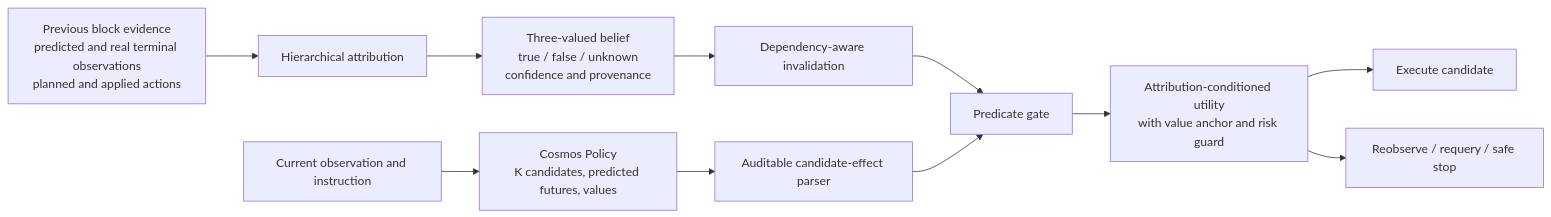
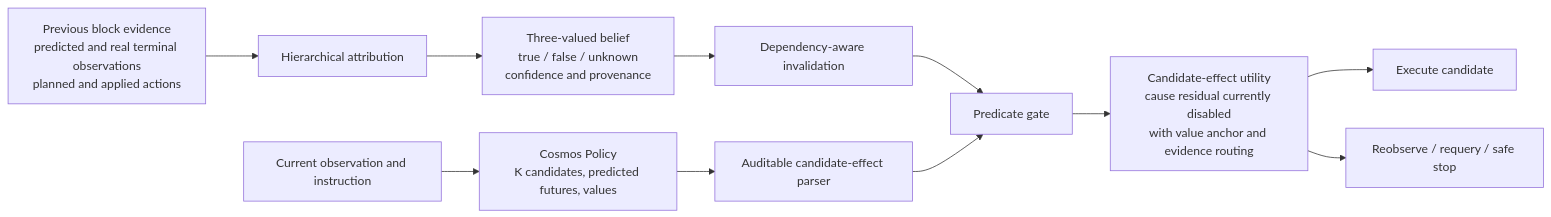
One commit to scy040320/wam_project changed the diagram in README.md. Above: the diagram before and after it, drawn with Mermaid. The commit also changed other lines of this file and 13 other files, not shown here.

````diff
--- a/README.md
+++ b/README.md
@@ -15,14 +15,14 @@
 ```mermaid
 flowchart LR
     P[Previous block evidence<br/>predicted and real terminal observations<br/>planned and applied actions] --> A[Hierarchical attribution]
     A --> B[Three-valued belief<br/>true / false / unknown<br/>confidence and provenance]
     B --> D[Dependency-aware invalidation]
 
     O[Current observation and instruction] --> C[Cosmos Policy<br/>K candidates, predicted futures, values]
     C --> E[Auditable candidate-effect parser]
     D --> G[Predicate gate]
     E --> G
-    G --> R[Attribution-conditioned utility<br/>with value anchor and risk guard]
+    G --> R[Candidate-effect utility<br/>cause residual currently disabled<br/>with value anchor and evidence routing]
     R --> X[Execute candidate]
     R --> F[Reobserve / requery / safe stop]
 ```
````
